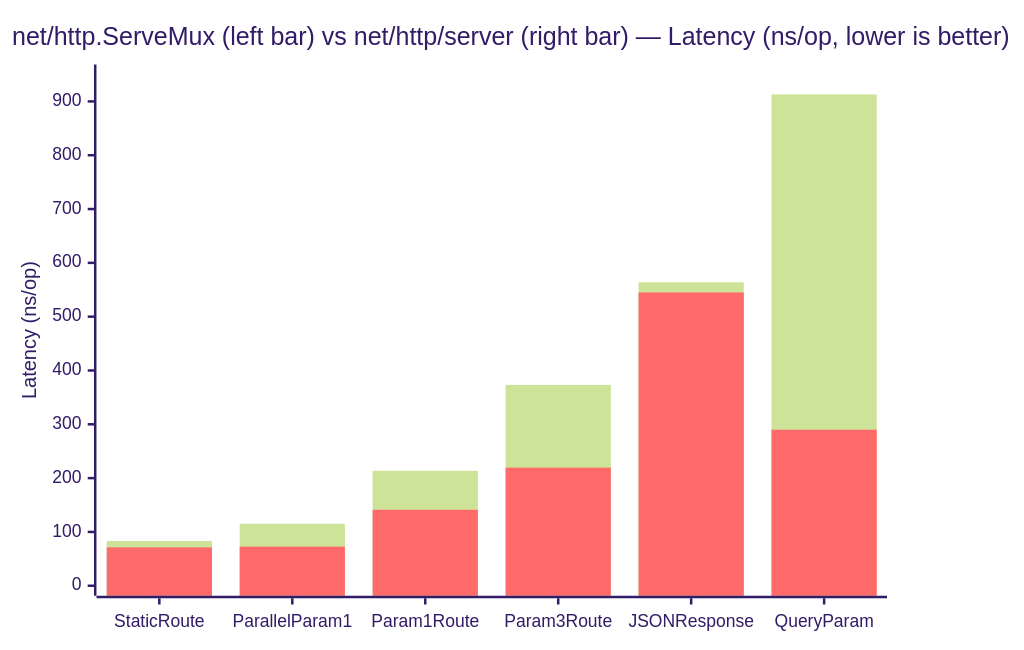
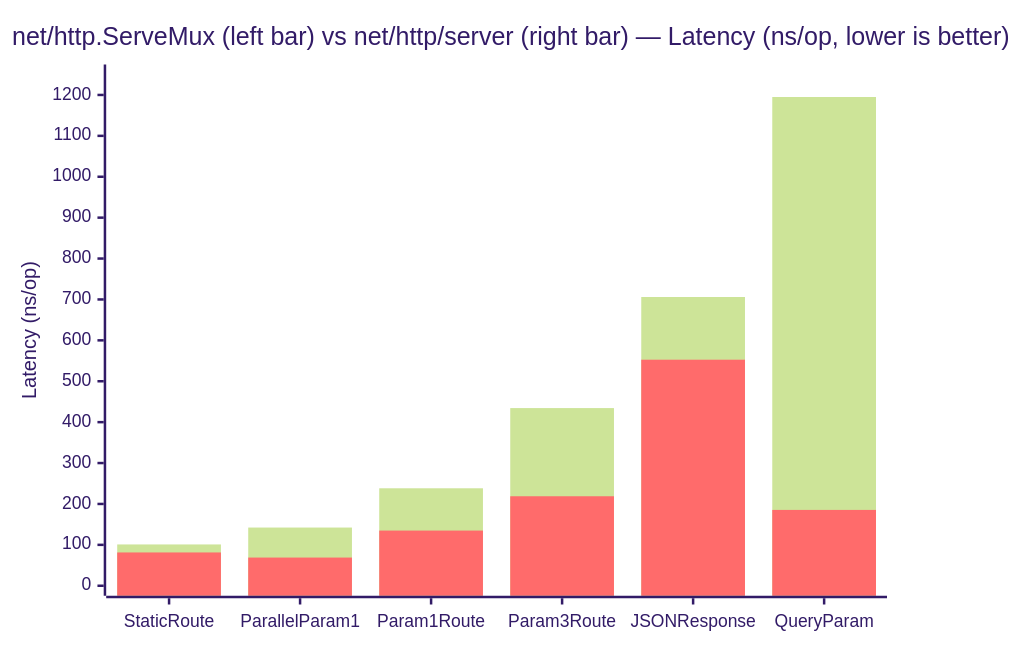
Before and after one commit to 404Setup/go: the fifth of 13 diagrams in README.md, drawn with Mermaid (forest theme). The commit also changed other lines of this file and 14 other files, not shown here.

````diff
--- a/README.md
+++ b/README.md
@@ -153,8 +154,8 @@
 ```mermaid
 xychart-beta
     title "net/http.ServeMux (left bar) vs net/http/server (right bar) — Latency (ns/op, lower is better)"
     x-axis ["StaticRoute", "ParallelParam1", "Param1Route", "Param3Route", "JSONResponse", "QueryParam"]
-    y-axis "Latency (ns/op)" 0 --> 950
-    bar [83.14, 115.1, 213.7, 373.2, 564.0, 913.0]
-    bar [71.29, 72.73, 141.2, 219.5, 545.1, 290.0]
+    y-axis "Latency (ns/op)" 0 --> 1250
+    bar [101.0, 142.3, 238.3, 434.4, 706.0, 1195]
+    bar [81.39, 68.93, 134.9, 218.8, 552.7, 185.4]
 ```
````
